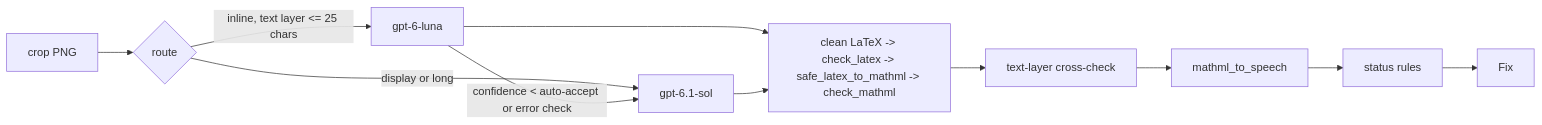
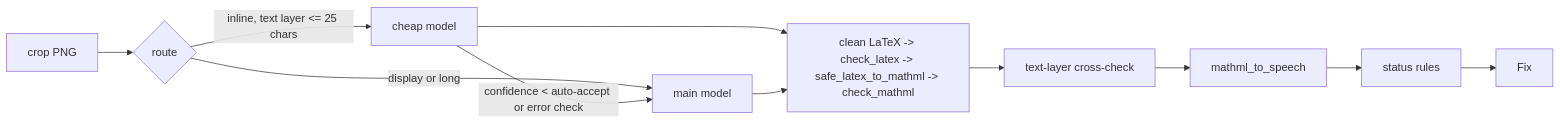
The diagram in docs/steps.md (harishm17/readablestem), drawn with Mermaid before and after one commit. The commit also changed other lines of this file and 9 other files, not shown here.

````diff
--- a/docs/steps.md
+++ b/docs/steps.md
@@ -17,11 +17,11 @@
 ```mermaid
 flowchart LR
   C[crop PNG] --> R{route}
-  R -->|inline, text layer <= 25 chars| L[gpt-6-luna]
-  R -->|display or long| S[gpt-6.1-sol]
+  R -->|inline, text layer <= 25 chars| L[cheap model]
+  R -->|display or long| S[main model]
   L -->|confidence < auto-accept or error check| S
   L & S --> V[clean LaTeX -> check_latex -> safe_latex_to_mathml -> check_mathml]
   V --> X[text-layer cross-check]
   X --> SP[mathml_to_speech]
   SP --> ST[status rules] --> F[Fix]
 ```
````
